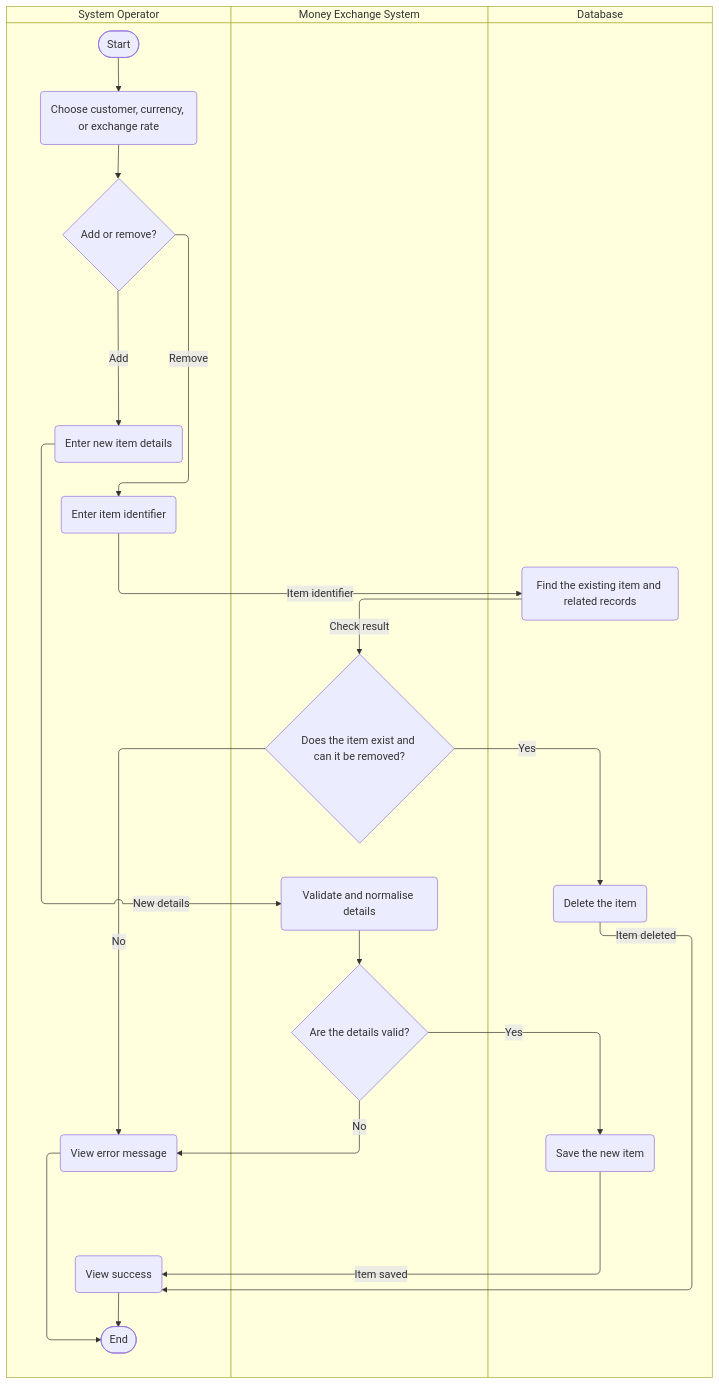
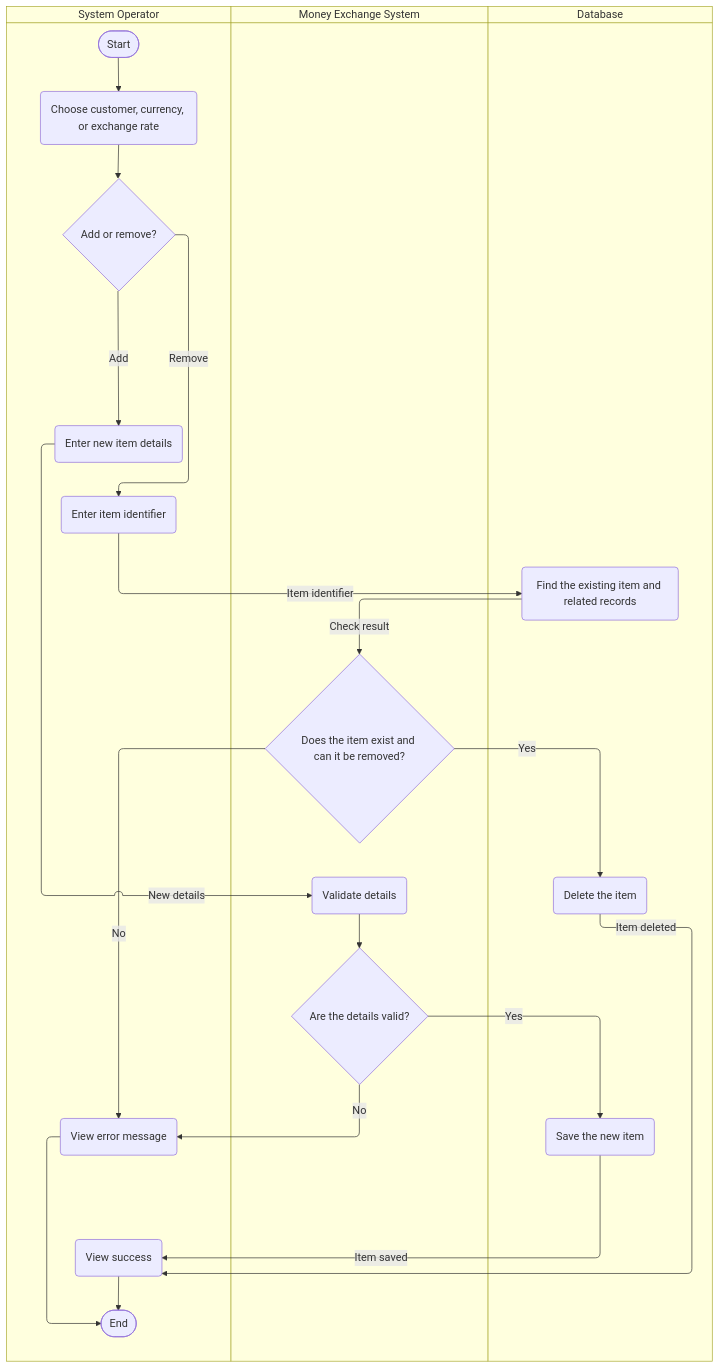
Before and after one commit to aleksandr-voitenko/MSE-800: the second of 2 diagrams in week4/activity2/README.md, drawn with Mermaid.

````diff
--- a/week4/activity2/README.md
+++ b/week4/activity2/README.md
@@ -51,36 +51,36 @@
 ```mermaid
 swimlane-beta TB
   accTitle: Manage reference data activity
 
   subgraph operator [System Operator]
     mg_start([Start])
     mg_choose(Choose customer, currency, or exchange rate)
     mg_action{Add or remove?}
     mg_details(Enter new item details)
     mg_id(Enter item identifier)
     mg_success(View success)
     mg_error(View error message)
     mg_end([End])
   end
 
   subgraph system [Money Exchange System]
-    mg_validate(Validate and normalise details)
+    mg_validate(Validate details)
     mg_valid{Are the details valid?}
     mg_can_remove{Does the item exist and can it be removed?}
   end
 
   subgraph database [Database]
     mg_save(Save the new item)
     mg_check(Find the existing item and related records)
     mg_delete(Delete the item)
   end
 
   mg_start --> mg_choose --> mg_action
   mg_action -->|Add| mg_details -->|New details| mg_validate --> mg_valid
   mg_valid -->|No| mg_error --> mg_end
   mg_valid -->|Yes| mg_save -->|Item saved| mg_success --> mg_end
   mg_action -->|Remove| mg_id -->|Item identifier| mg_check
   mg_check -->|Check result| mg_can_remove
   mg_can_remove -->|No| mg_error
   mg_can_remove -->|Yes| mg_delete -->|Item deleted| mg_success
 ```
````
